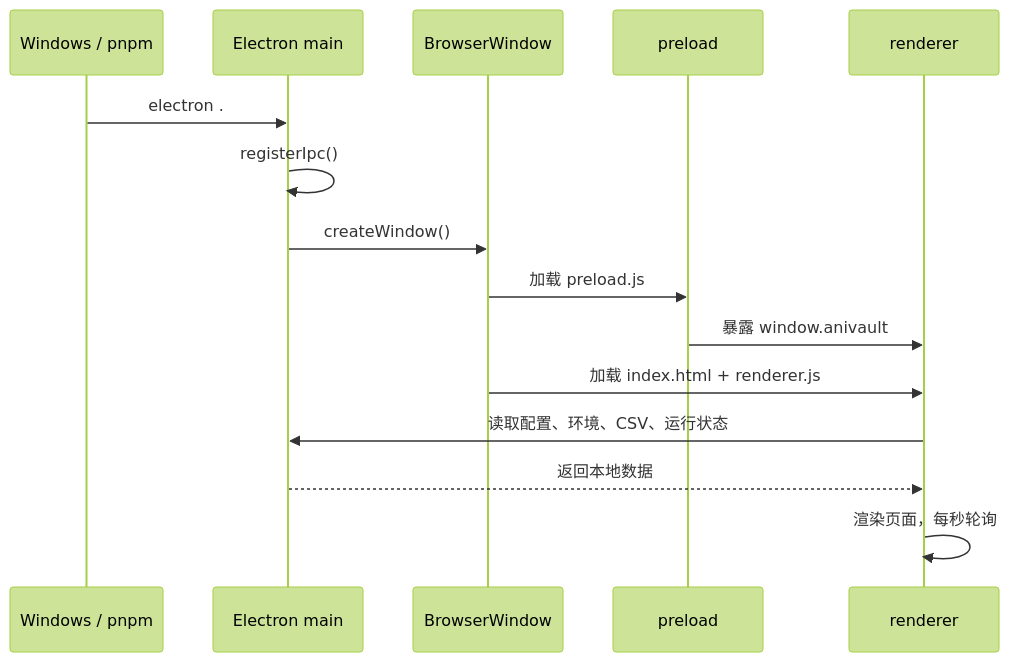
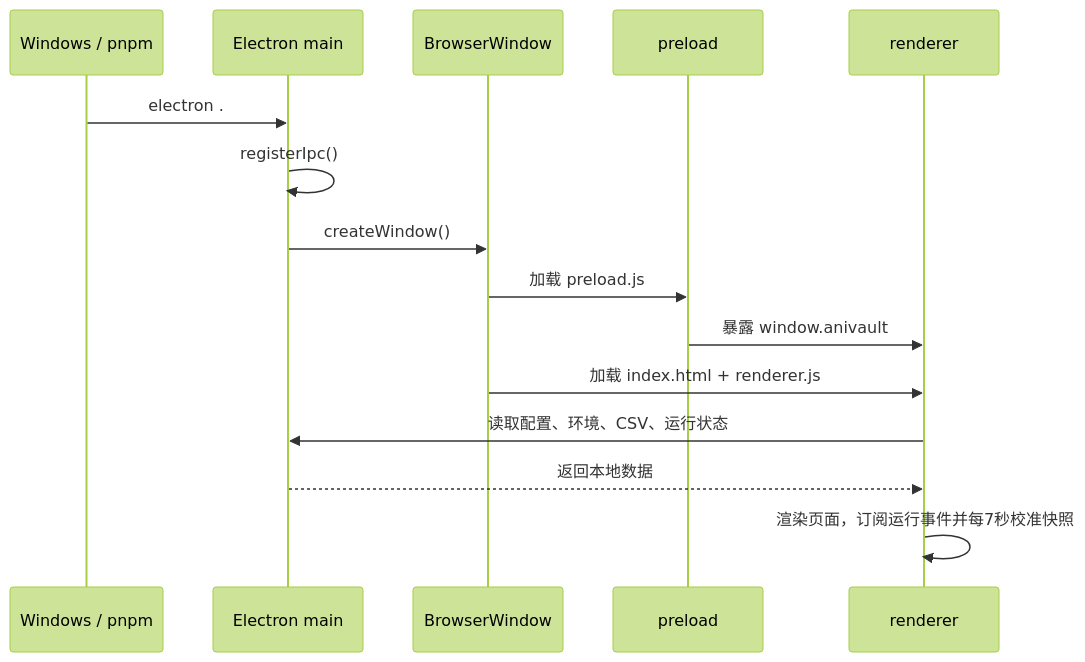
One commit to heathfris/AniVault changed the second of 3 diagrams in docs/personal/AniVault_项目框架全景指南.md. Above: the diagram before and after it, drawn with Mermaid (forest theme). The commit also changed other lines of this file and 12 other files, not shown here.

````diff
--- a/docs/personal/AniVault_项目框架全景指南.md
+++ b/docs/personal/AniVault_项目框架全景指南.md
@@ -342,18 +345,18 @@
 ```mermaid
 sequenceDiagram
     participant OS as Windows / pnpm
     participant E as Electron main
     participant W as BrowserWindow
     participant P as preload
     participant R as renderer
 
     OS->>E: electron .
     E->>E: registerIpc()
     E->>W: createWindow()
     W->>P: 加载 preload.js
     P->>R: 暴露 window.anivault
     W->>R: 加载 index.html + renderer.js
     R->>E: 读取配置、环境、CSV、运行状态
     E-->>R: 返回本地数据
-    R->>R: 渲染页面，每秒轮询
+    R->>R: 渲染页面，订阅运行事件并每7秒校准快照
 ```
````
